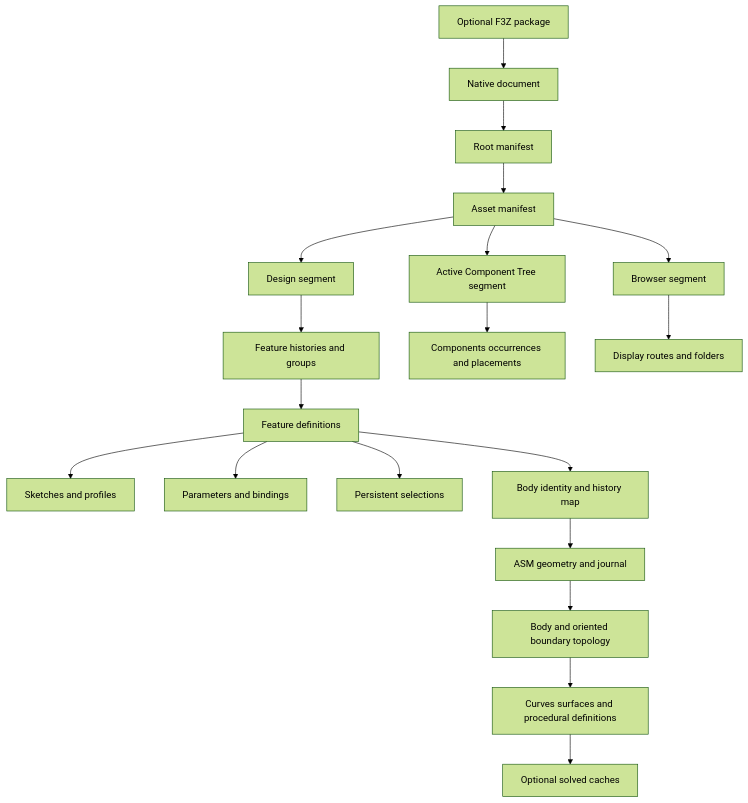
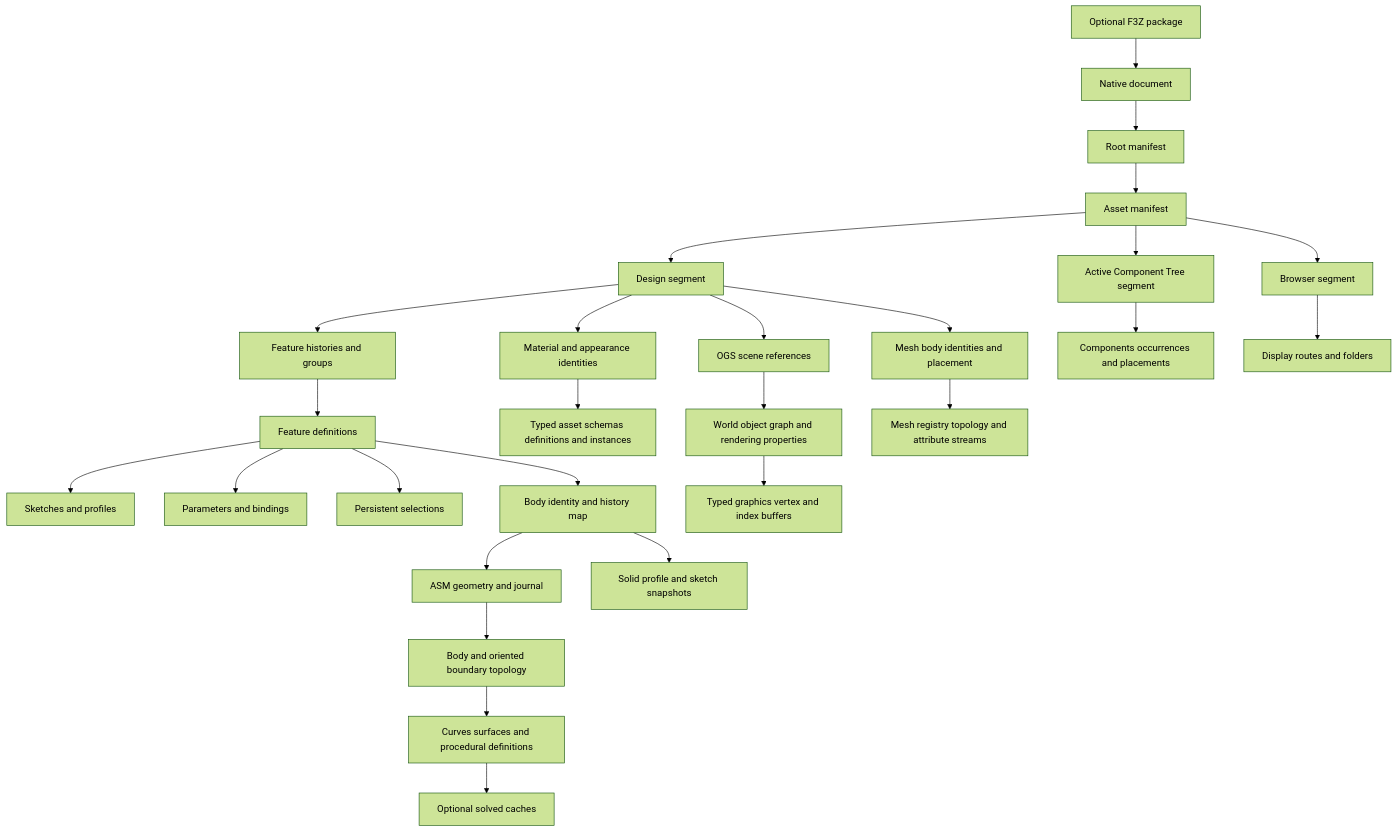
Before and after one commit to TryUniCAD/Kit: the diagram in Documentation/Reference/Research/FusionDataModel.md, drawn with Mermaid (forest theme). The commit also changed other lines of this file and 16 other files, not shown here.

````diff
--- a/Documentation/Reference/Research/FusionDataModel.md
+++ b/Documentation/Reference/Research/FusionDataModel.md
@@ -84,21 +84,29 @@
 ```mermaid
 flowchart TD
     Package[Optional F3Z package] --> Document[Native document]
     Document --> Root[Root manifest]
     Root --> Asset[Asset manifest]
     Asset --> Design[Design segment]
     Asset --> ACT[Active Component Tree segment]
     Asset --> Browser[Browser segment]
     Design --> History[Feature histories and groups]
     History --> Feature[Feature definitions]
     Feature --> Sketch[Sketches and profiles]
     Feature --> Parameter[Parameters and bindings]
     Feature --> Selection[Persistent selections]
     Feature --> BodyMap[Body identity and history map]
     BodyMap --> ASM[ASM geometry and journal]
+    BodyMap --> Snapshot[Solid profile and sketch snapshots]
     ASM --> Topology[Body and oriented boundary topology]
     Topology --> Geometry[Curves surfaces and procedural definitions]
     Geometry --> Cache[Optional solved caches]
     ACT --> Occurrence[Components occurrences and placements]
     Browser --> Routes[Display routes and folders]
+    Design --> Material[Material and appearance identities]
+    Material --> Protein[Typed asset schemas definitions and instances]
+    Design --> Graphics[OGS scene references]
+    Graphics --> World[World object graph and rendering properties]
+    World --> Meshes[Typed graphics vertex and index buffers]
+    Design --> MeshBody[Mesh body identities and placement]
+    MeshBody --> ParaMesh[Mesh registry topology and attribute streams]
 ```
````
